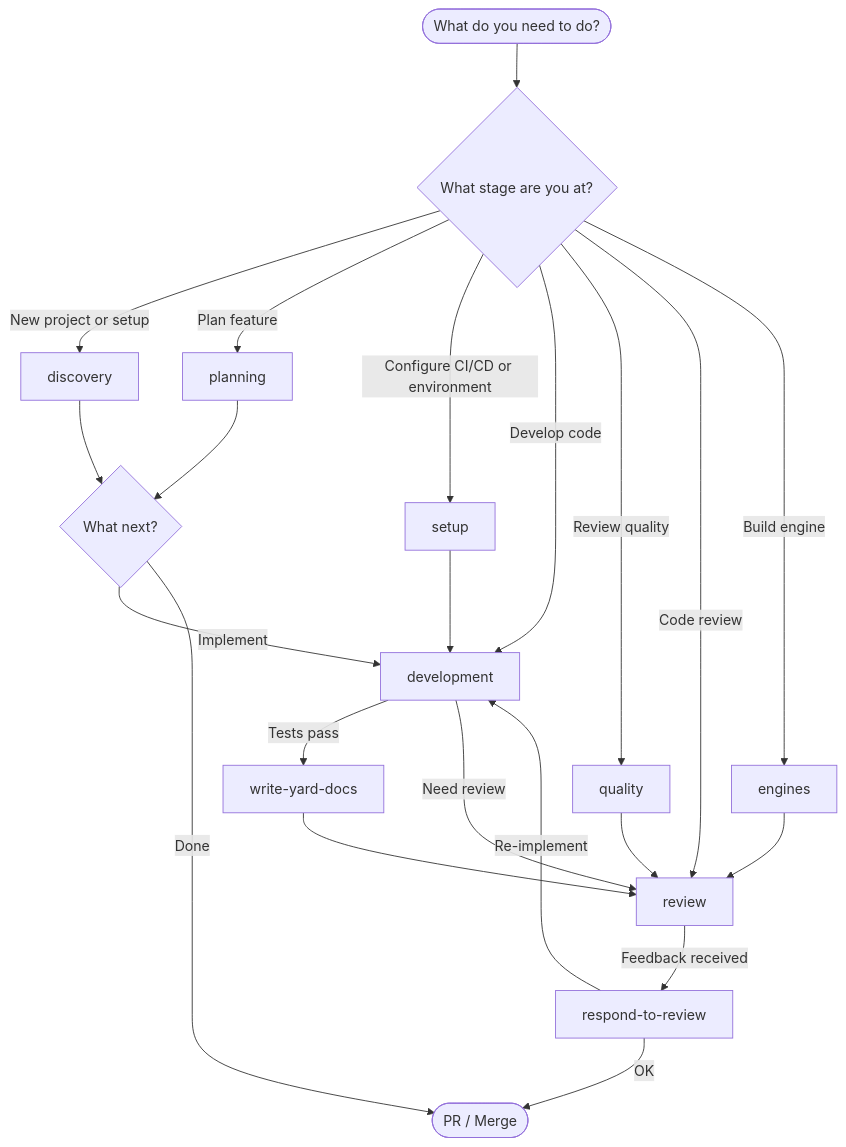
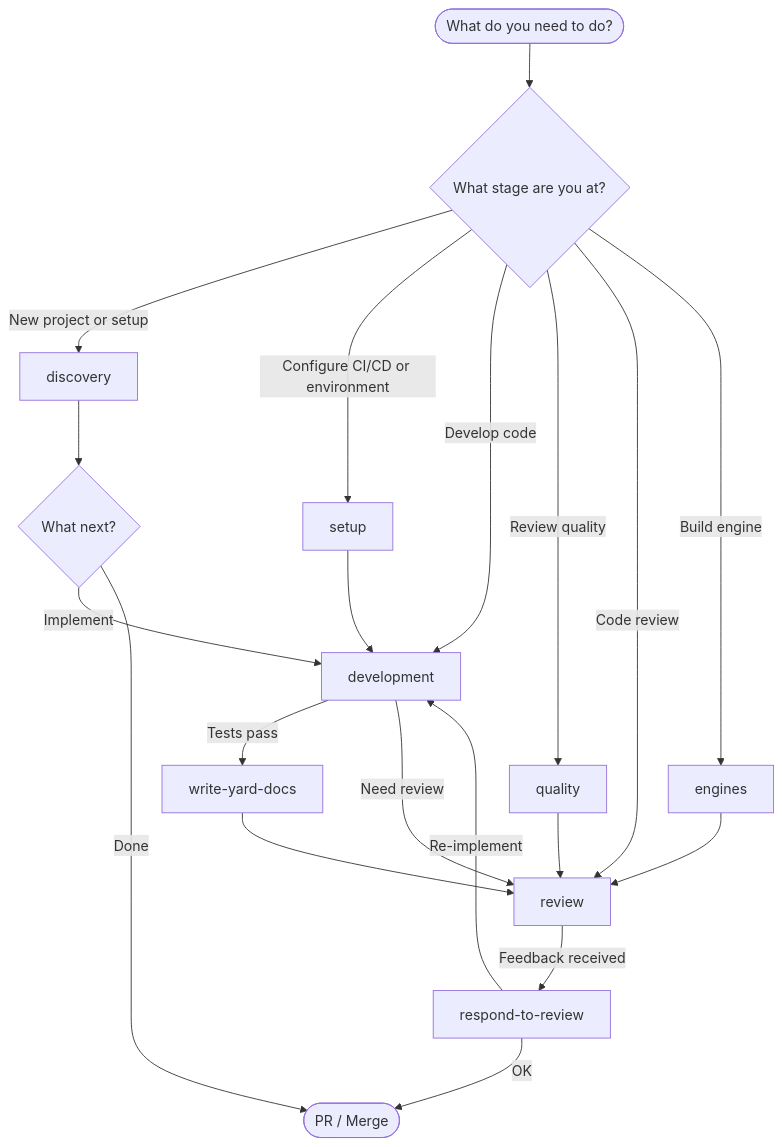
Before and after one commit to igmarin/rails-agent-skills: the diagram in docs/agents/README.md, drawn with Mermaid. The commit also changed other lines of this file and 120 other files, not shown here.

````diff
--- a/docs/agents/README.md
+++ b/docs/agents/README.md
@@ -9,30 +9,28 @@
 ```mermaid
 flowchart TD
     START([What do you need to do?]) --> DECISION{What stage are you at?}
 
     DECISION -->|New project or setup| DISCOVERY[discovery]
-    DECISION -->|Plan feature| PLANNING[planning]
     DECISION -->|Configure CI/CD or environment| SETUP[setup]
     DECISION -->|Develop code| DEV[development]
     DECISION -->|Review quality| QUALITY[quality]
     DECISION -->|Code review| REVIEW[review]
     DECISION -->|Build engine| ENGINES[engines]
 
     DISCOVERY --> NEXT{What next?}
-    PLANNING --> NEXT
     SETUP --> DEV
 
     NEXT -->|Implement| DEV
     NEXT -->|Done| END([PR / Merge])
 
     DEV -->|Tests pass| YARD[write-yard-docs]
     DEV -->|Need review| REVIEW
 
     YARD --> REVIEW
     REVIEW -->|Feedback received| RESPOND[respond-to-review]
     RESPOND -->|Re-implement| DEV
     RESPOND -->|OK| END
 
     QUALITY --> REVIEW
     ENGINES --> REVIEW
 ```
````
